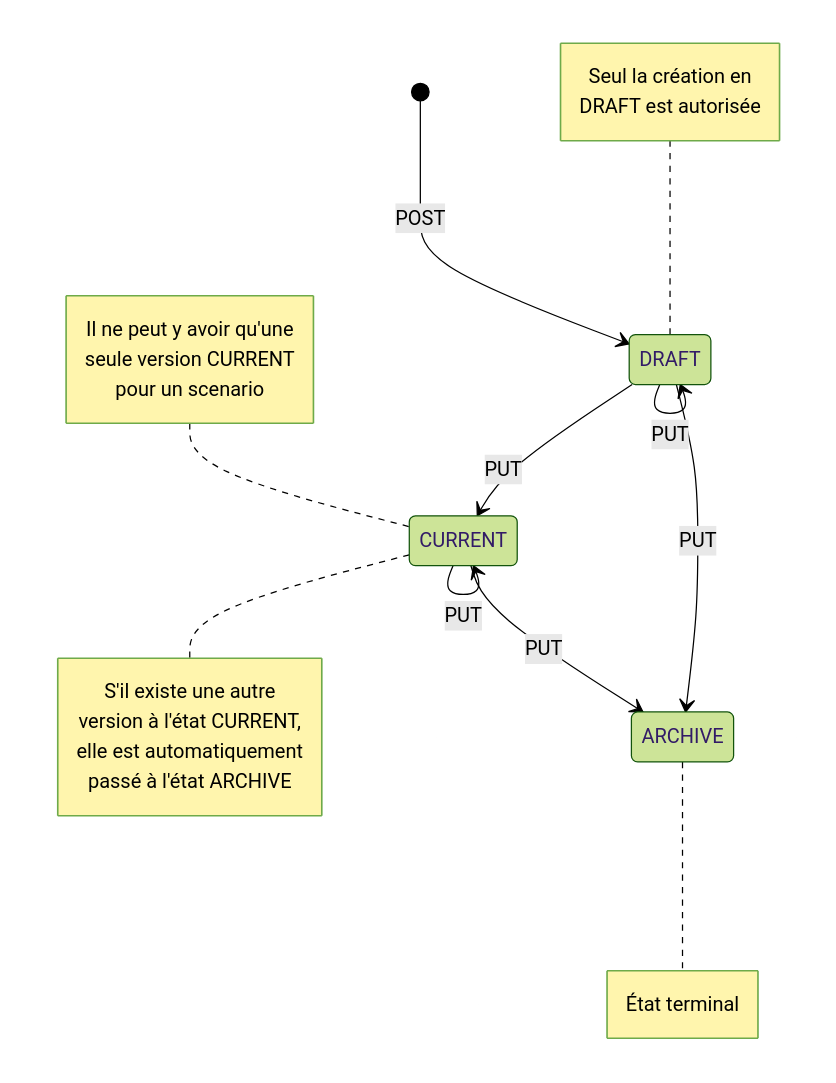
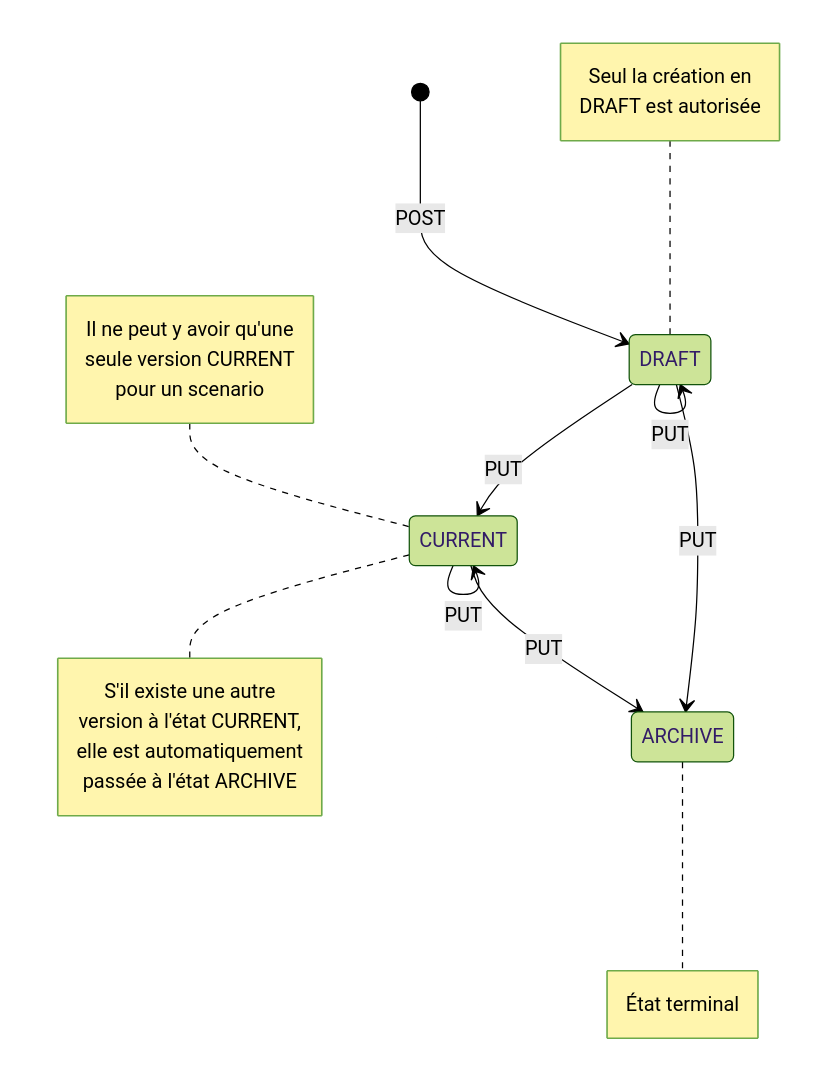
The diagram in bot/admin/server/doc/README.md (CreditMutuelArkea/tock), drawn with Mermaid (forest theme) before and after one commit. The commit also changed other lines of this file and 21 other files, not shown here.

````diff
--- a/bot/admin/server/doc/README.md
+++ b/bot/admin/server/doc/README.md
@@ -109,27 +109,27 @@
 ```mermaid
 stateDiagram-v2
     [*] --> DRAFT: POST
     note left of DRAFT
         Seul la création en
         DRAFT est autorisée
     end note
     DRAFT --> DRAFT: PUT
     DRAFT --> CURRENT: PUT
     DRAFT --> ARCHIVE: PUT
     CURRENT --> CURRENT: PUT
     note left of CURRENT
         Il ne peut y avoir qu'une
         seule version CURRENT 
         pour un scenario
     end note
     note right of CURRENT
         S'il existe une autre 
         version à l'état CURRENT, 
         elle est automatiquement 
-        passé à l'état ARCHIVE
+        passée à l'état ARCHIVE
     end note
     CURRENT --> ARCHIVE: PUT
     note right of ARCHIVE
         État terminal
     end note
 ```
````
